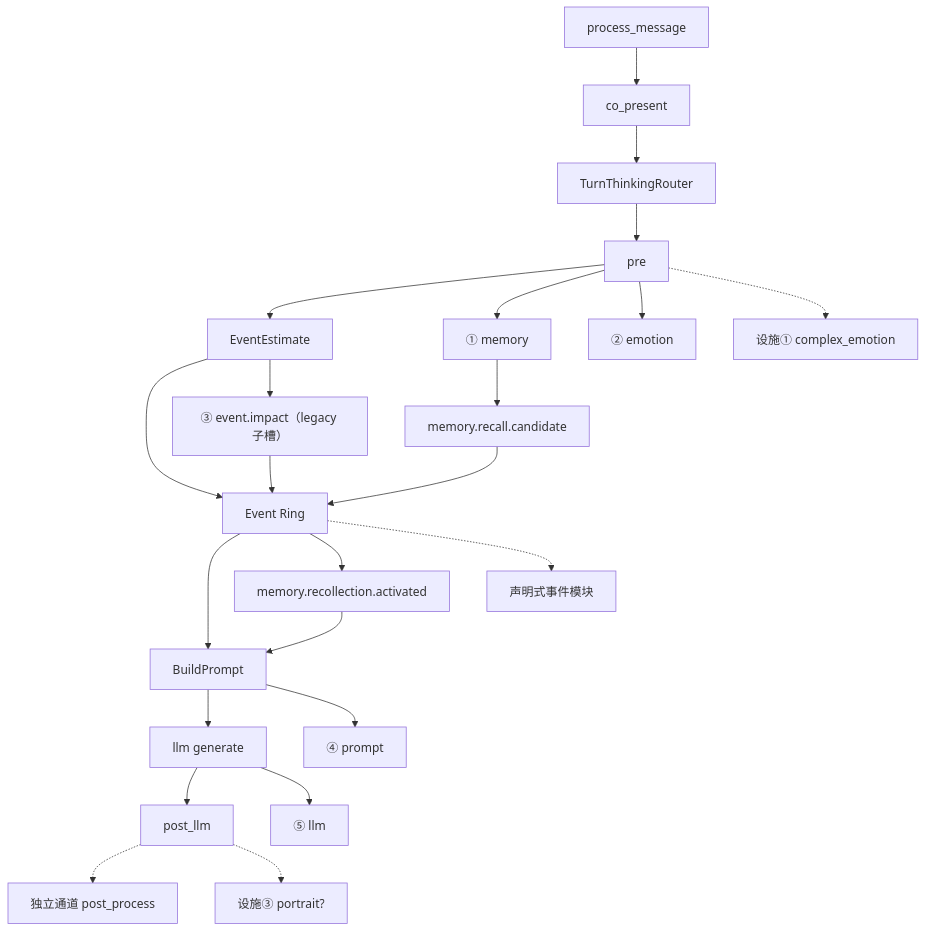
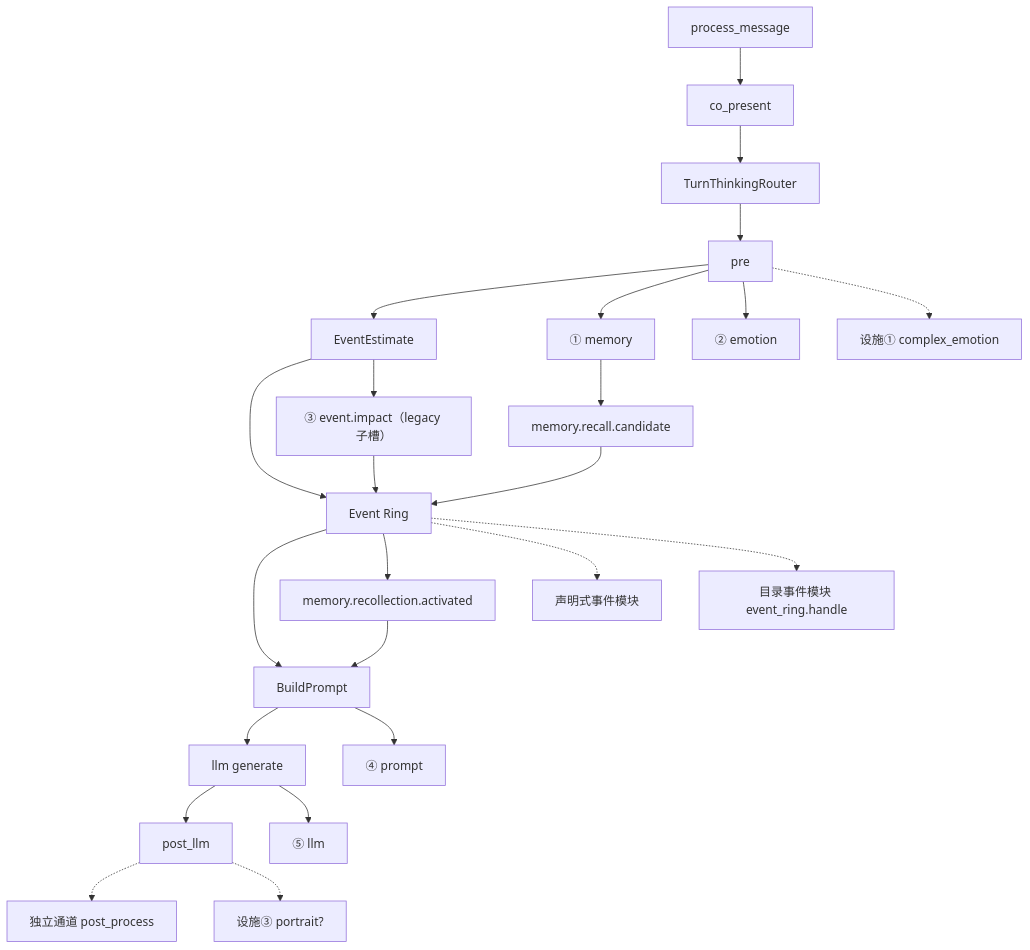
The diagram in handoff/MODULE_MAP_AND_HANDOFF.md (linkaiheng2233-cyber/oclivenewnew), drawn with Mermaid before and after one commit. The commit also changed other lines of this file and 2 other files, not shown here.

Commit message:
docs(event): define directory Event Ring boundary

````diff
--- a/handoff/MODULE_MAP_AND_HANDOFF.md
+++ b/handoff/MODULE_MAP_AND_HANDOFF.md
@@ -355,26 +355,27 @@
 ```mermaid
 flowchart TB
   PM["process_message"]
   CO["co_present"]
   TT["TurnThinkingRouter"]
   PRE["pre"]
   EV["EventEstimate"]
   ER["Event Ring"]
   RC["memory.recall.candidate"]
   RA["memory.recollection.activated"]
   BP["BuildPrompt"]
   GEN["llm generate"]
   PST["post_llm"]
 
   PM --> CO --> TT --> PRE --> EV --> ER --> BP --> GEN --> PST
 
   PRE --> M1["① memory"] & M2["② emotion"]
   M1 --> RC --> ER --> RA --> BP
   EV --> M3["③ event.impact（legacy 子槽）"] --> ER
   ER -.-> EM["声明式事件模块"]
+  ER -.-> DP["目录事件模块 event_ring.handle"]
   BP --> M4["④ prompt"]
   GEN --> M5["⑤ llm"]
   PRE -.-> F1["设施① complex_emotion"]
   PST -.-> SC["独立通道 post_process"]
   PST -.-> F3["设施③ portrait?"]
 ```
````
